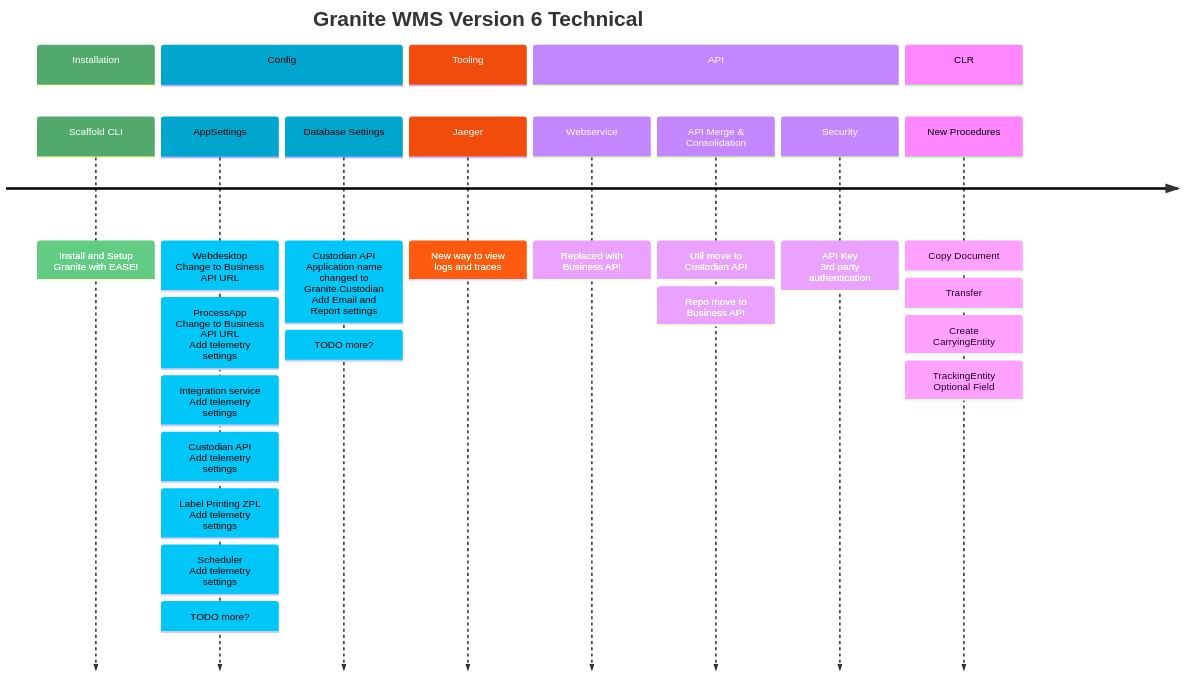
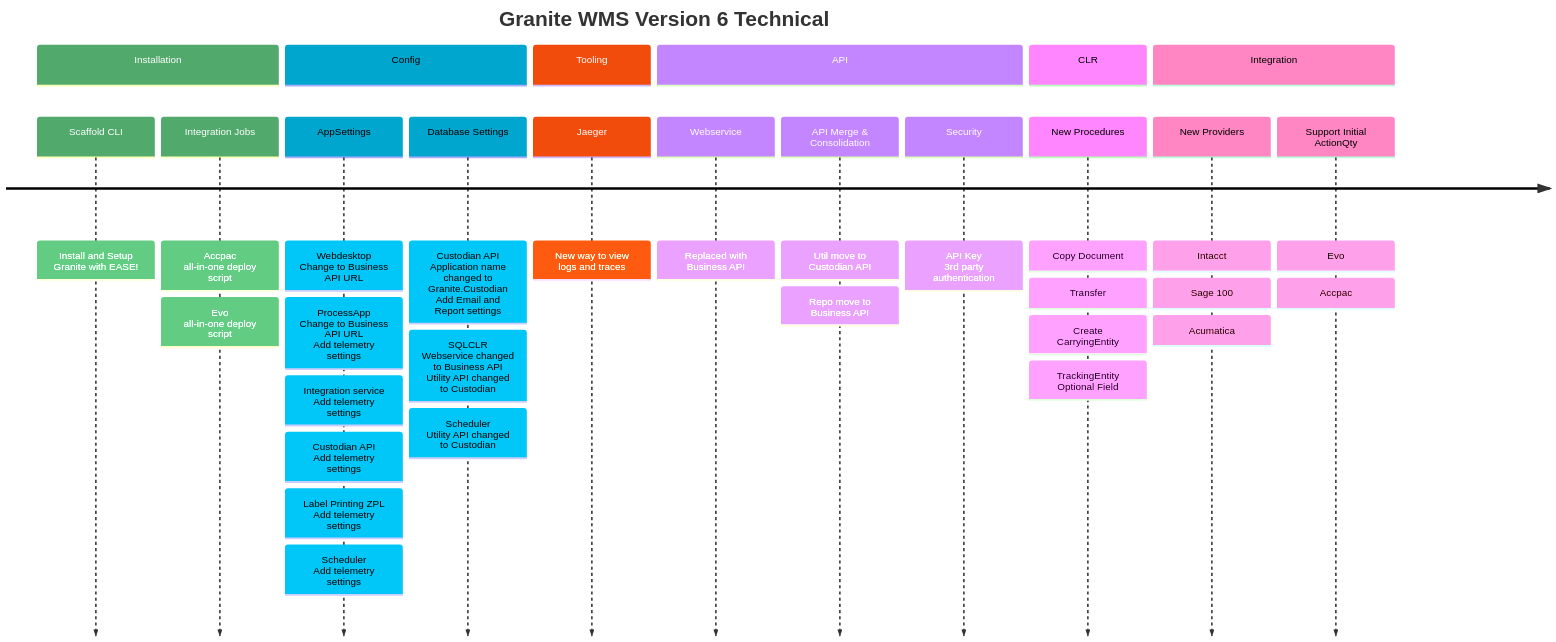
The third of 3 diagrams in docs/updates/V6/cheatsheet.md (GraniteWMS/GraniteDocs), drawn with Mermaid before and after one commit. The commit also changed other lines of this file, not shown here.

````diff
--- a/docs/updates/V6/cheatsheet.md
+++ b/docs/updates/V6/cheatsheet.md
@@ -72,33 +73,39 @@
 ```mermaid
 %%{init: { 'logLevel': 'debug', 'theme': 'default' , 'themeVariables': {
               'cScale0': '#51AA6C', 'cScaleLabel0': '#ffffff',
               'cScale1': '#00A6CE',
               'cScale2': '#F24C0D', 'cScaleLabel2': '#ffffff'
        } } }%%
     timeline
         title Granite WMS Version 6 Technical
 
         section Installation
           Scaffold CLI : Install and Setup Granite with EASE!
+          Integration Jobs : Accpac <br> all-in-one deploy script : Evo <br> all-in-one deploy script
 
         section Config
-          AppSettings : Webdesktop <br> Change to Business API URL : ProcessApp <br> Change to Business API URL <br> Add telemetry settings : Integration service <br> Add telemetry settings : Custodian API <br> Add telemetry settings : Label Printing ZPL <br> Add telemetry settings : Scheduler <br> Add telemetry settings : TODO more?
+          AppSettings : Webdesktop <br> Change to Business API URL : ProcessApp <br> Change to Business API URL <br> Add telemetry settings : Integration service <br> Add telemetry settings : Custodian API <br> Add telemetry settings : Label Printing ZPL <br> Add telemetry settings : Scheduler <br> Add telemetry settings 
           
-          Database Settings : Custodian API <br> Application name changed to Granite.Custodian <br> Add Email and Report settings : TODO more?
+          Database Settings : Custodian API <br> Application name changed to Granite.Custodian <br> Add Email and Report settings : SQLCLR <br> Webservice changed to Business API <br> Utility API changed to Custodian : Scheduler <br> Utility API changed to Custodian 
 
 
         section Tooling
           Jaeger : New way to view logs and traces  
 
         section API
           Webservice : Replaced with Business API
           
           API Merge & Consolidation: Util move to Custodian API
           : Repo move to Business API
 
           Security : API Key <br> 3rd party authentication 
          section CLR
             New Procedures: Copy Document: Transfer: Create CarryingEntity: TrackingEntity Optional Field
+        
+        section Integration
+          New Providers : Intacct : Sage 100 : Acumatica
+          Support Initial ActionQty : Evo : Accpac
+
        
             
 ```
````
